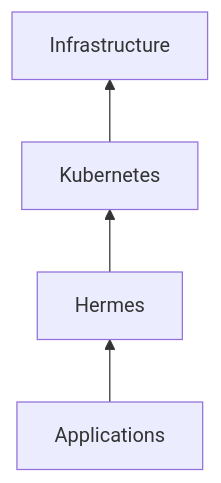
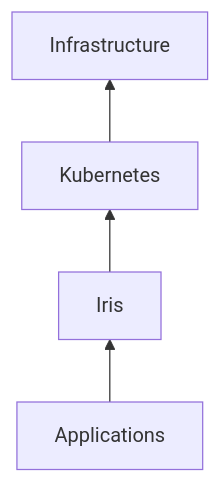
The first of 2 diagrams in docs/FULL_README_LEGACY.md (zyvorai/iris), drawn with Mermaid before and after one commit. The commit also changed other lines of this file and 236 other files, not shown here.

First line of the commit message:
Rename Hermes to Iris across the project.

````diff
--- a/docs/FULL_README_LEGACY.md
+++ b/docs/FULL_README_LEGACY.md
@@ -69,8 +69,8 @@
 ```mermaid
 flowchart BT
   Apps[Applications]
-  Hermes[Hermes]
+  Iris[Iris]
   K8s[Kubernetes]
   Infra[Infrastructure]
-  Apps --> Hermes --> K8s --> Infra
+  Apps --> Iris --> K8s --> Infra
 ```
````
